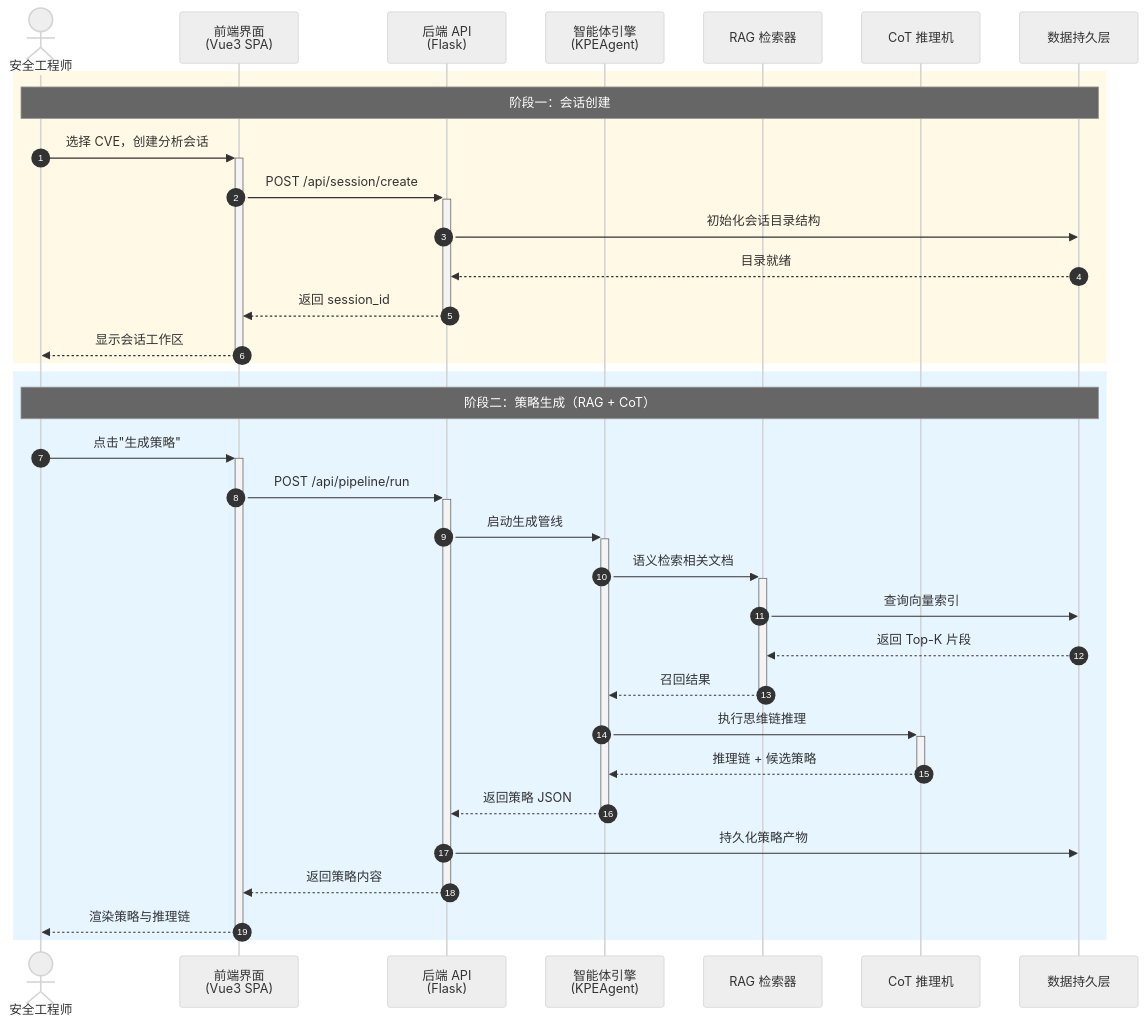
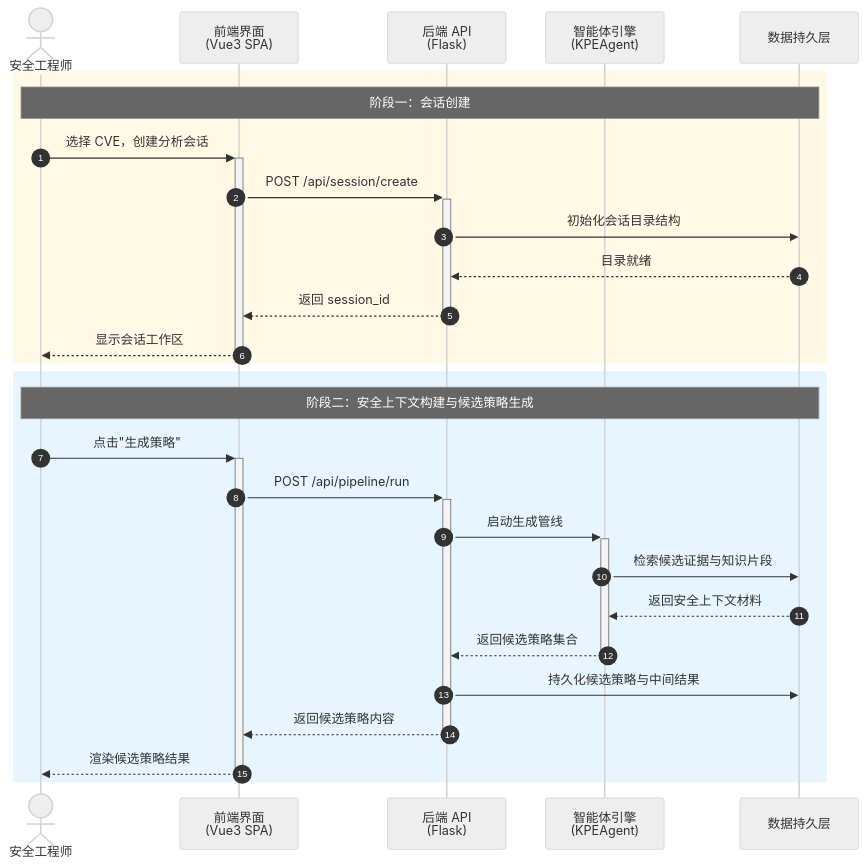
Before and after one commit to Ivanbeethoven/ustb_graduator_paper: the diagram in images/chap4/pipeline_sequence_a.mmd, drawn with Mermaid (neutral theme). The commit also changed 25 other files, not shown here.

```diff
--- a/images/chap4/pipeline_sequence_a.mmd
+++ b/images/chap4/pipeline_sequence_a.mmd
@@ -1,39 +1,30 @@
 sequenceDiagram
     autonumber
     actor User as 安全工程师
     participant UI as 前端界面<br/>(Vue3 SPA)
     participant API as 后端 API<br/>(Flask)
     participant Agent as 智能体引擎<br/>(KPEAgent)
-    participant RAG as RAG 检索器
-    participant CoT as CoT 推理机
     participant DB as 数据持久层
 
     rect rgb(255, 249, 230)
         Note over User, DB: 阶段一：会话创建
         User ->>+ UI: 选择 CVE，创建分析会话
         UI ->>+ API: POST /api/session/create
         API ->> DB: 初始化会话目录结构
         DB -->> API: 目录就绪
         API -->>- UI: 返回 session_id
         UI -->>- User: 显示会话工作区
     end
 
     rect rgb(230, 245, 255)
-        Note over User, DB: 阶段二：策略生成（RAG + CoT）
+        Note over User, DB: 阶段二：安全上下文构建与候选策略生成
         User ->>+ UI: 点击"生成策略"
         UI ->>+ API: POST /api/pipeline/run
         API ->>+ Agent: 启动生成管线
-
-        Agent ->>+ RAG: 语义检索相关文档
-        RAG ->> DB: 查询向量索引
-        DB -->> RAG: 返回 Top-K 片段
-        RAG -->>- Agent: 召回结果
-
-        Agent ->>+ CoT: 执行思维链推理
-        CoT -->>- Agent: 推理链 + 候选策略
-
-        Agent -->>- API: 返回策略 JSON
-        API ->> DB: 持久化策略产物
-        API -->>- UI: 返回策略内容
-        UI -->>- User: 渲染策略与推理链
+        Agent ->> DB: 检索候选证据与知识片段
+        DB -->> Agent: 返回安全上下文材料
+        Agent -->>- API: 返回候选策略集合
+        API ->> DB: 持久化候选策略与中间结果
+        API -->>- UI: 返回候选策略内容
+        UI -->>- User: 渲染候选策略结果
     end
```
